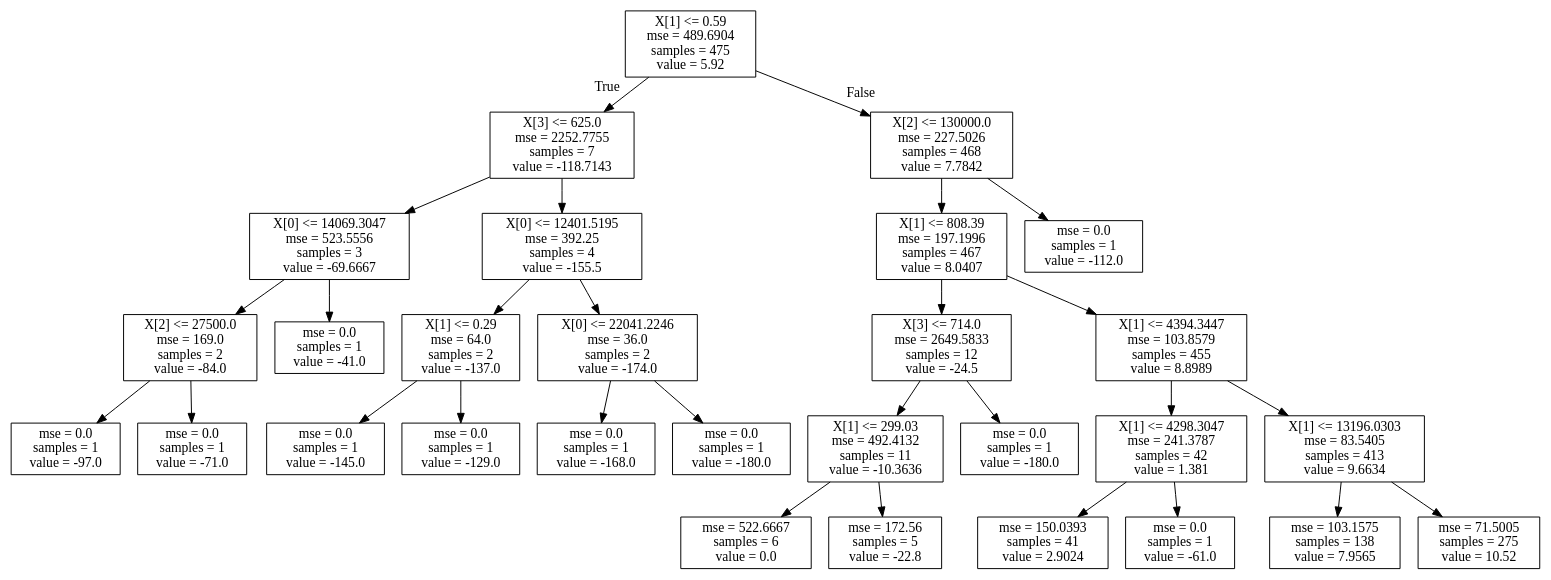
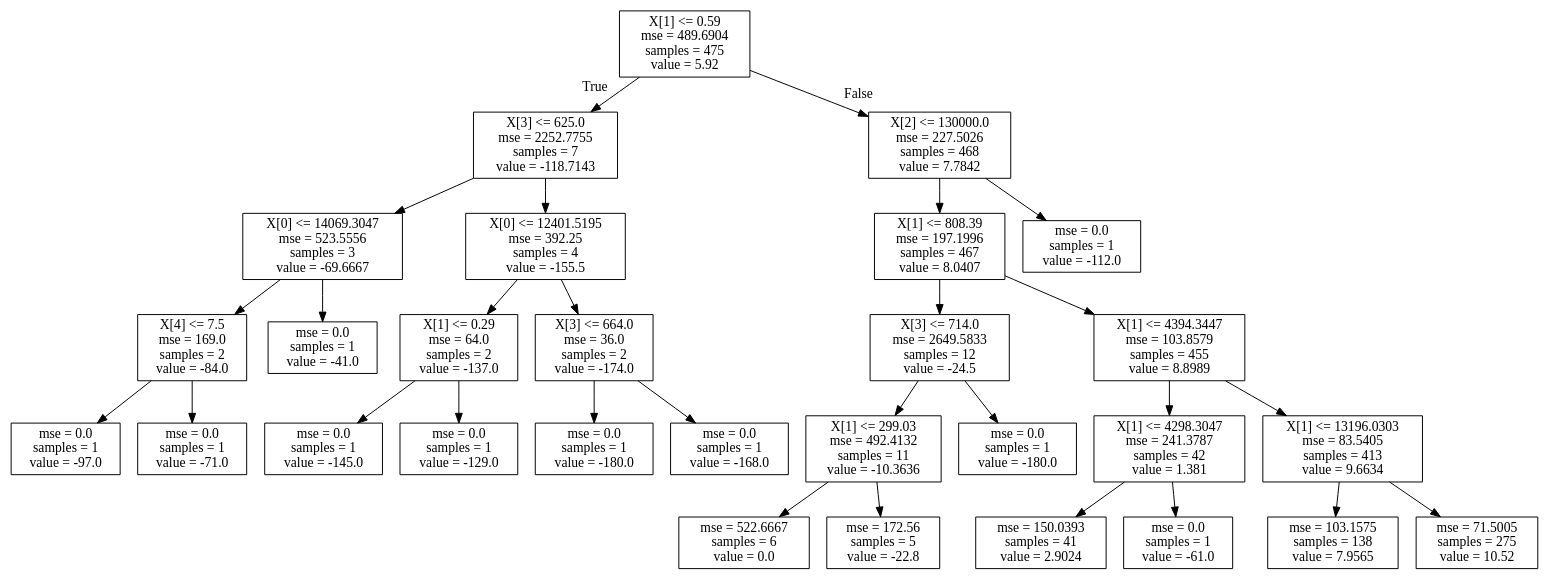
The diagram in tree.dot (csbrown/lending_challenge), drawn with Graphviz before and after one commit. The commit also changed 2 other files, not shown here.

```diff
--- a/tree.dot
+++ b/tree.dot
@@ -1,60 +1,60 @@
 digraph Tree {
 node [shape=box] ;
 0 [label="X[1] <= 0.59\nmse = 489.6904\nsamples = 475\nvalue = 5.92"] ;
 1 [label="X[3] <= 625.0\nmse = 2252.7755\nsamples = 7\nvalue = -118.7143"] ;
 0 -> 1 [labeldistance=2.5, labelangle=45, headlabel="True"] ;
 2 [label="X[0] <= 14069.3047\nmse = 523.5556\nsamples = 3\nvalue = -69.6667"] ;
 1 -> 2 ;
-3 [label="X[2] <= 27500.0\nmse = 169.0\nsamples = 2\nvalue = -84.0"] ;
+3 [label="X[4] <= 7.5\nmse = 169.0\nsamples = 2\nvalue = -84.0"] ;
 2 -> 3 ;
 4 [label="mse = 0.0\nsamples = 1\nvalue = -97.0"] ;
 3 -> 4 ;
 5 [label="mse = 0.0\nsamples = 1\nvalue = -71.0"] ;
 3 -> 5 ;
 6 [label="mse = 0.0\nsamples = 1\nvalue = -41.0"] ;
 2 -> 6 ;
 7 [label="X[0] <= 12401.5195\nmse = 392.25\nsamples = 4\nvalue = -155.5"] ;
 1 -> 7 ;
 8 [label="X[1] <= 0.29\nmse = 64.0\nsamples = 2\nvalue = -137.0"] ;
 7 -> 8 ;
 9 [label="mse = 0.0\nsamples = 1\nvalue = -145.0"] ;
 8 -> 9 ;
 10 [label="mse = 0.0\nsamples = 1\nvalue = -129.0"] ;
 8 -> 10 ;
-11 [label="X[0] <= 22041.2246\nmse = 36.0\nsamples = 2\nvalue = -174.0"] ;
+11 [label="X[3] <= 664.0\nmse = 36.0\nsamples = 2\nvalue = -174.0"] ;
 7 -> 11 ;
-12 [label="mse = 0.0\nsamples = 1\nvalue = -168.0"] ;
+12 [label="mse = 0.0\nsamples = 1\nvalue = -180.0"] ;
 11 -> 12 ;
-13 [label="mse = 0.0\nsamples = 1\nvalue = -180.0"] ;
+13 [label="mse = 0.0\nsamples = 1\nvalue = -168.0"] ;
 11 -> 13 ;
 14 [label="X[2] <= 130000.0\nmse = 227.5026\nsamples = 468\nvalue = 7.7842"] ;
 0 -> 14 [labeldistance=2.5, labelangle=-45, headlabel="False"] ;
 15 [label="X[1] <= 808.39\nmse = 197.1996\nsamples = 467\nvalue = 8.0407"] ;
 14 -> 15 ;
 16 [label="X[3] <= 714.0\nmse = 2649.5833\nsamples = 12\nvalue = -24.5"] ;
 15 -> 16 ;
 17 [label="X[1] <= 299.03\nmse = 492.4132\nsamples = 11\nvalue = -10.3636"] ;
 16 -> 17 ;
 18 [label="mse = 522.6667\nsamples = 6\nvalue = 0.0"] ;
 17 -> 18 ;
 19 [label="mse = 172.56\nsamples = 5\nvalue = -22.8"] ;
 17 -> 19 ;
 20 [label="mse = 0.0\nsamples = 1\nvalue = -180.0"] ;
 16 -> 20 ;
 21 [label="X[1] <= 4394.3447\nmse = 103.8579\nsamples = 455\nvalue = 8.8989"] ;
 15 -> 21 ;
 22 [label="X[1] <= 4298.3047\nmse = 241.3787\nsamples = 42\nvalue = 1.381"] ;
 21 -> 22 ;
 23 [label="mse = 150.0393\nsamples = 41\nvalue = 2.9024"] ;
 22 -> 23 ;
 24 [label="mse = 0.0\nsamples = 1\nvalue = -61.0"] ;
 22 -> 24 ;
 25 [label="X[1] <= 13196.0303\nmse = 83.5405\nsamples = 413\nvalue = 9.6634"] ;
 21 -> 25 ;
 26 [label="mse = 103.1575\nsamples = 138\nvalue = 7.9565"] ;
 25 -> 26 ;
 27 [label="mse = 71.5005\nsamples = 275\nvalue = 10.52"] ;
 25 -> 27 ;
 28 [label="mse = 0.0\nsamples = 1\nvalue = -112.0"] ;
 14 -> 28 ;
 }
```
